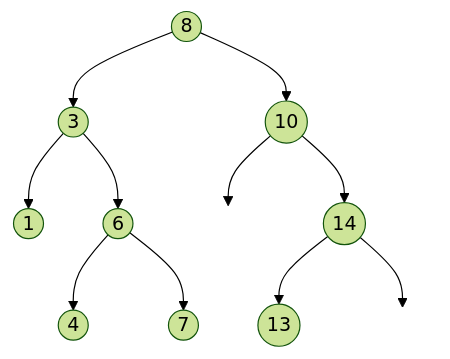
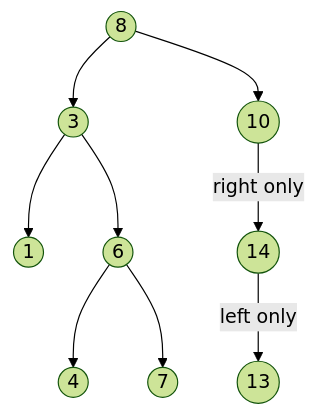
The first of 2 diagrams in src/modules/dsa/content/06-trees/02-binary-search-trees.md (mohammad-mriesh-job/cortex), drawn with Mermaid (forest theme) before and after one commit. The commit also changed other lines of this file and 257 other files, not shown here.

````diff
--- a/src/modules/dsa/content/06-trees/02-binary-search-trees.md
+++ b/src/modules/dsa/content/06-trees/02-binary-search-trees.md
@@ -23,14 +23,11 @@
 ```mermaid
 flowchart TD
   N8((8)) --> N3((3))
   N8 --> N10((10))
   N3 --> N1((1))
   N3 --> N6((6))
   N6 --> N4((4))
   N6 --> N7((7))
-  N10 --> L10[ ]:::ghost
-  N10 --> N14((14))
-  N14 --> N13((13))
-  N14 --> R14[ ]:::ghost
-  classDef ghost fill:transparent,stroke:transparent,color:transparent;
+  N10 -->|"right only"| N14((14))
+  N14 -->|"left only"| N13((13))
 ```
````
